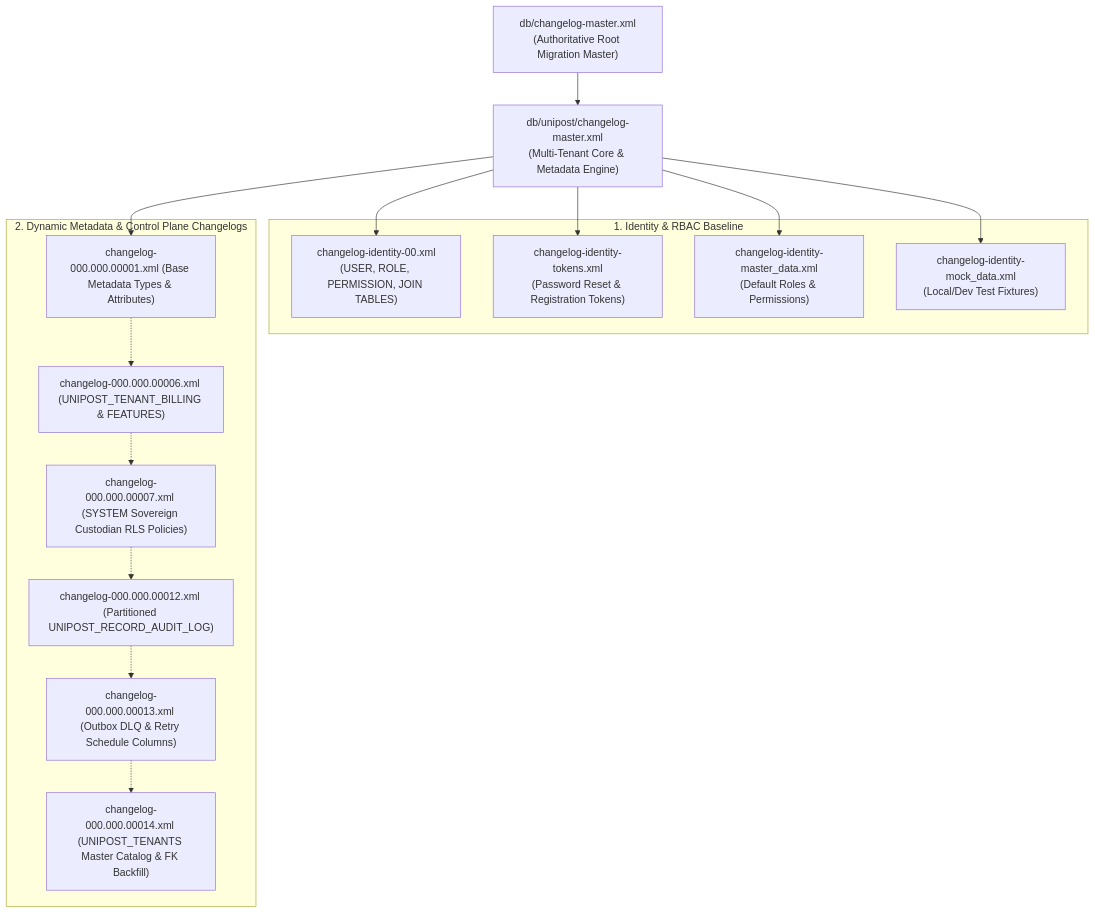
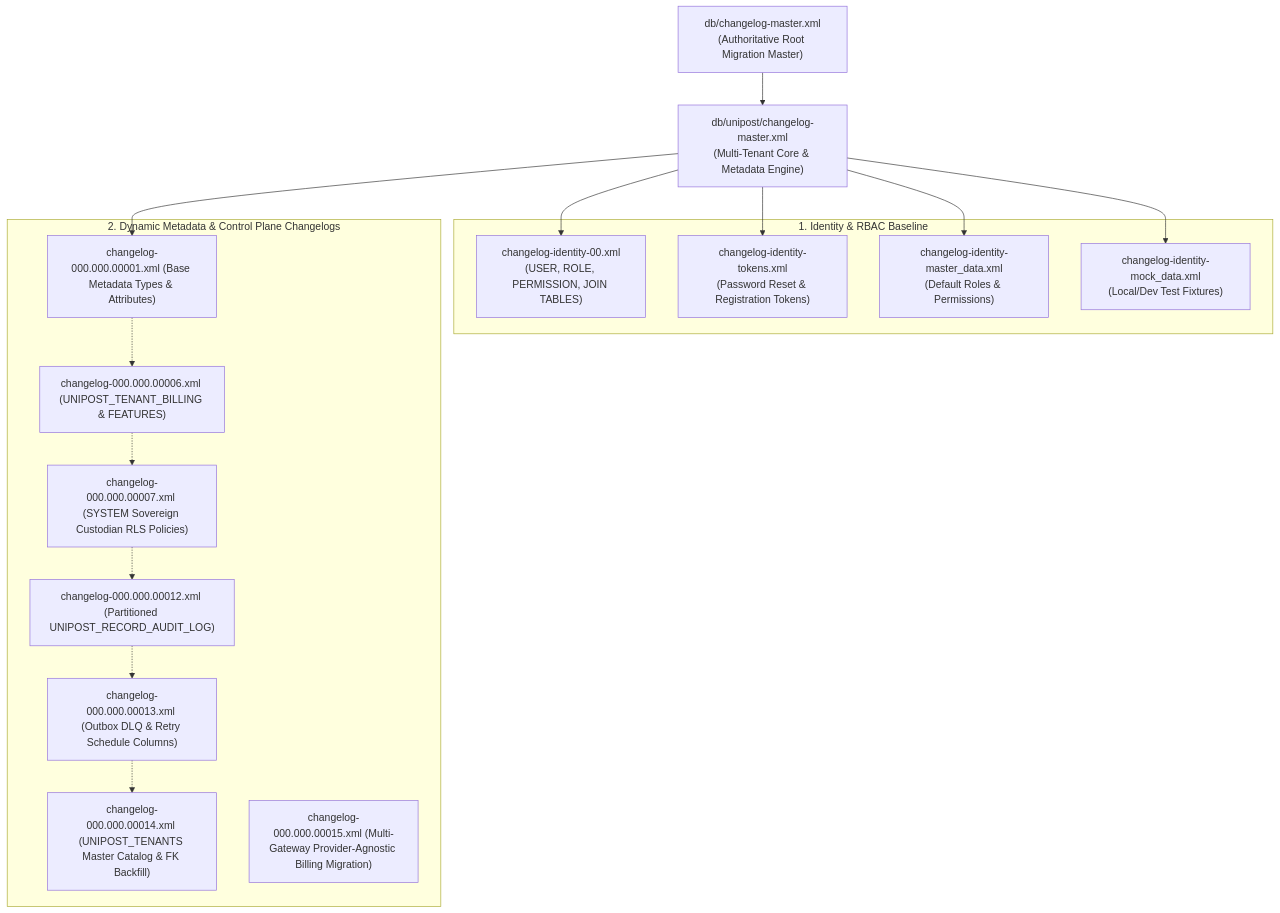
One commit to tamanle23/acc changed the eighth of 8 diagrams in docs/master_database_schema_architecture.md. Above: the diagram before and after it, drawn with Mermaid. The commit also changed other lines of this file, not shown here.

First line of the commit message:
docs(persistence): synchronize master architecture spec with iteration 22 and changelog 15

````diff
--- a/docs/master_database_schema_architecture.md
+++ b/docs/master_database_schema_architecture.md
@@ -825,33 +831,34 @@
 ```mermaid
 graph TD
     Master["db/changelog-master.xml\n(Authoritative Root Migration Master)"]
     UnipostMaster["db/unipost/changelog-master.xml\n(Multi-Tenant Core & Metadata Engine)"]
 
     subgraph IdentityBaseline ["1. Identity & RBAC Baseline"]
         ID00["changelog-identity-00.xml\n(USER, ROLE, PERMISSION, JOIN TABLES)"]
         IDTokens["changelog-identity-tokens.xml\n(Password Reset & Registration Tokens)"]
         IDMaster["changelog-identity-master_data.xml\n(Default Roles & Permissions)"]
         IDMock["changelog-identity-mock_data.xml\n(Local/Dev Test Fixtures)"]
     end
 
     subgraph CoreIncremental ["2. Dynamic Metadata & Control Plane Changelogs"]
         C01["changelog-000.000.00001.xml (Base Metadata Types & Attributes)"]
         C06["changelog-000.000.00006.xml (UNIPOST_TENANT_BILLING & FEATURES)"]
         C07["changelog-000.000.00007.xml (SYSTEM Sovereign Custodian RLS Policies)"]
         C12["changelog-000.000.00012.xml (Partitioned UNIPOST_RECORD_AUDIT_LOG)"]
         C13["changelog-000.000.00013.xml (Outbox DLQ & Retry Schedule Columns)"]
         C14["changelog-000.000.00014.xml (UNIPOST_TENANTS Master Catalog & FK Backfill)"]
+        C15["changelog-000.000.00015.xml (Multi-Gateway Provider-Agnostic Billing Migration)"]
     end
 
     Master --> UnipostMaster
     UnipostMaster --> ID00
     UnipostMaster --> IDTokens
     UnipostMaster --> IDMaster
     UnipostMaster --> IDMock
     UnipostMaster --> C01
     C01 -.-> C06
     C06 -.-> C07
     C07 -.-> C12
     C12 -.-> C13
     C13 -.-> C14
 ```
````
